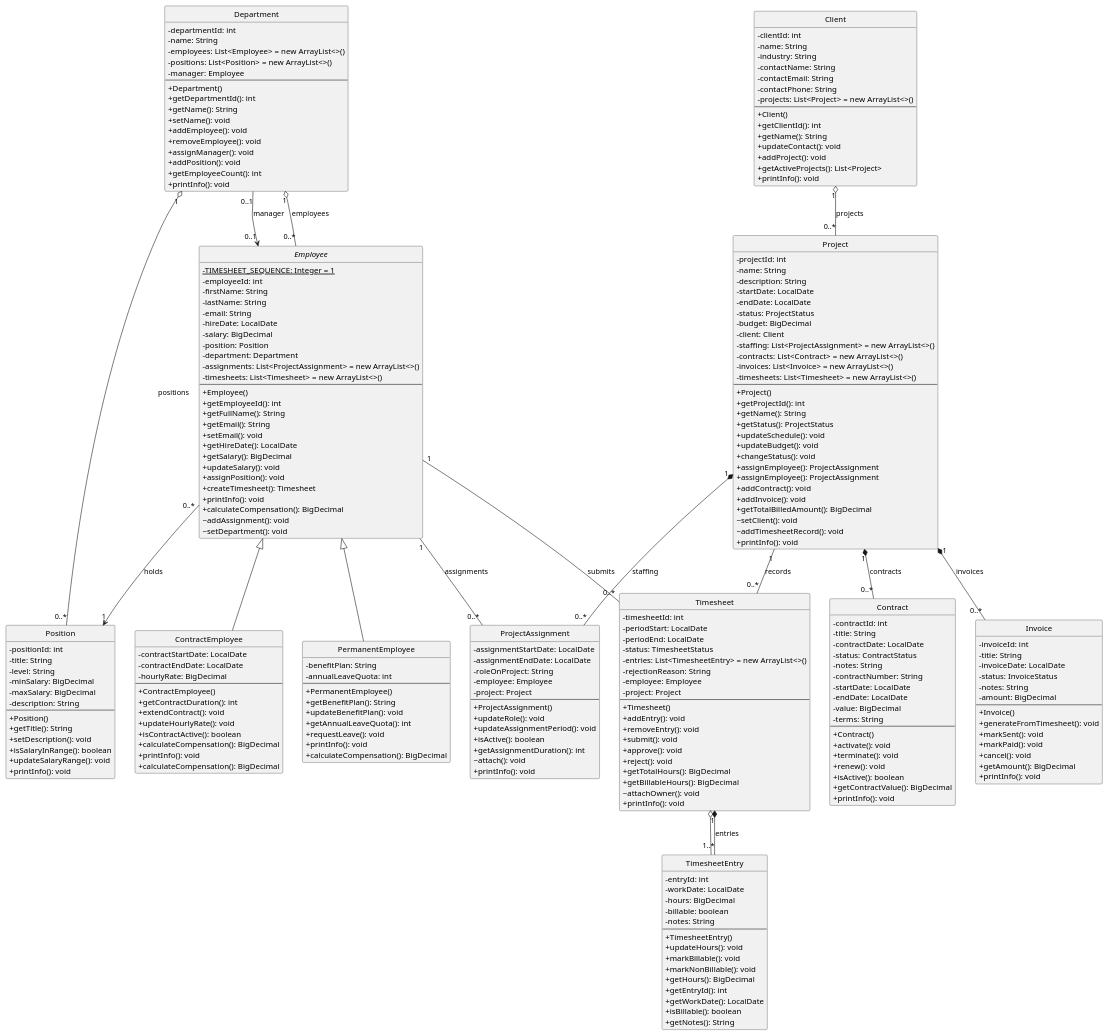
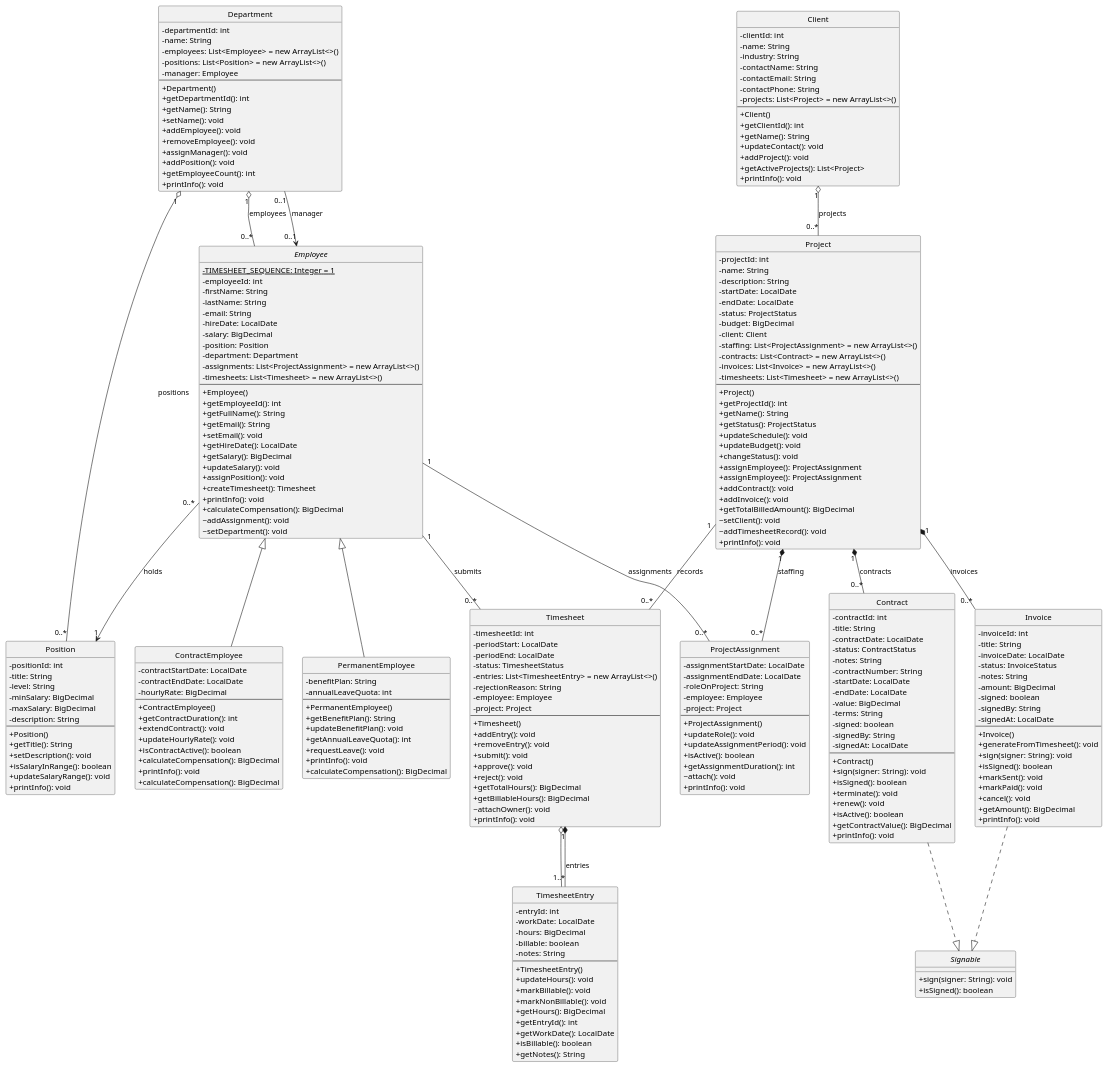
One commit to sallliisa/pbo-tubes-uts changed the diagram in diagram-simple-new.puml. Above: the diagram before and after it, drawn with PlantUML. The commit also changed 12 other files, not shown here.

```diff
--- a/diagram-simple-new.puml
+++ b/diagram-simple-new.puml
@@ -6,6 +6,11 @@
 @startuml
 skinparam classAttributeIconSize 0
 hide circle
+
+interface Signable {
+  +sign(signer: String): void
+  +isSigned(): boolean
+}
 
 class Contract {
   -contractId: int
@@ -18,9 +23,13 @@
   -endDate: LocalDate
   -value: BigDecimal
   -terms: String
+  -signed: boolean
+  -signedBy: String
+  -signedAt: LocalDate
   --
   +Contract()
-  +activate(): void
+  +sign(signer: String): void
+  +isSigned(): boolean
   +terminate(): void
   +renew(): void
   +isActive(): boolean
@@ -88,9 +97,14 @@
   -status: InvoiceStatus
   -notes: String
   -amount: BigDecimal
+  -signed: boolean
+  -signedBy: String
+  -signedAt: LocalDate
   --
   +Invoice()
   +generateFromTimesheet(): void
+  +sign(signer: String): void
+  +isSigned(): boolean
   +markSent(): void
   +markPaid(): void
   +cancel(): void
@@ -248,6 +262,8 @@
 Department "1" o-- "0..*" Position : positions
 Employee <|-- PermanentEmployee
 Employee <|-- ContractEmployee
+Invoice ..|> Signable
+Contract ..|> Signable
 Employee "0..*" --> "1" Position : holds
 Client "1" o-- "0..*" Project : projects
 Employee "1" -- "0..*" ProjectAssignment : assignments
```
